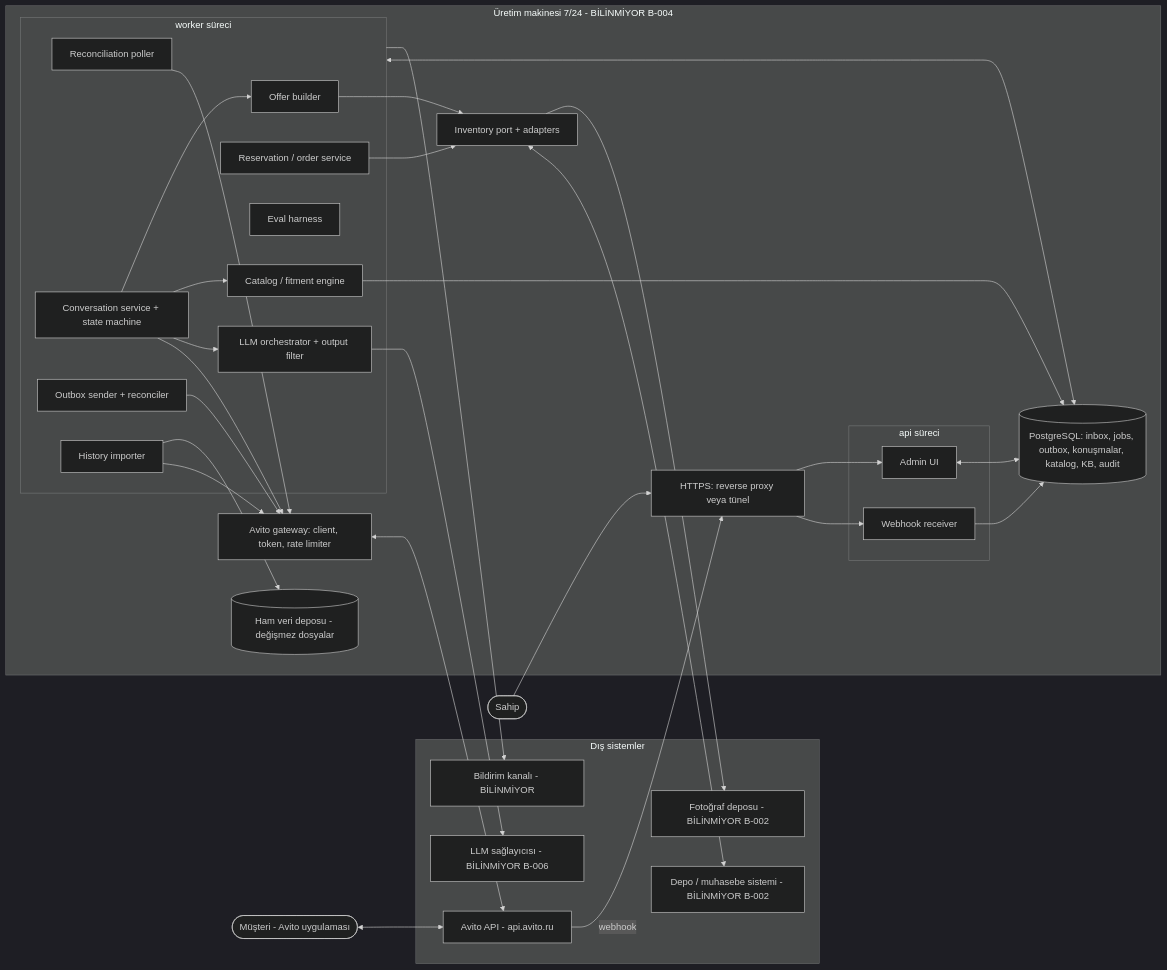
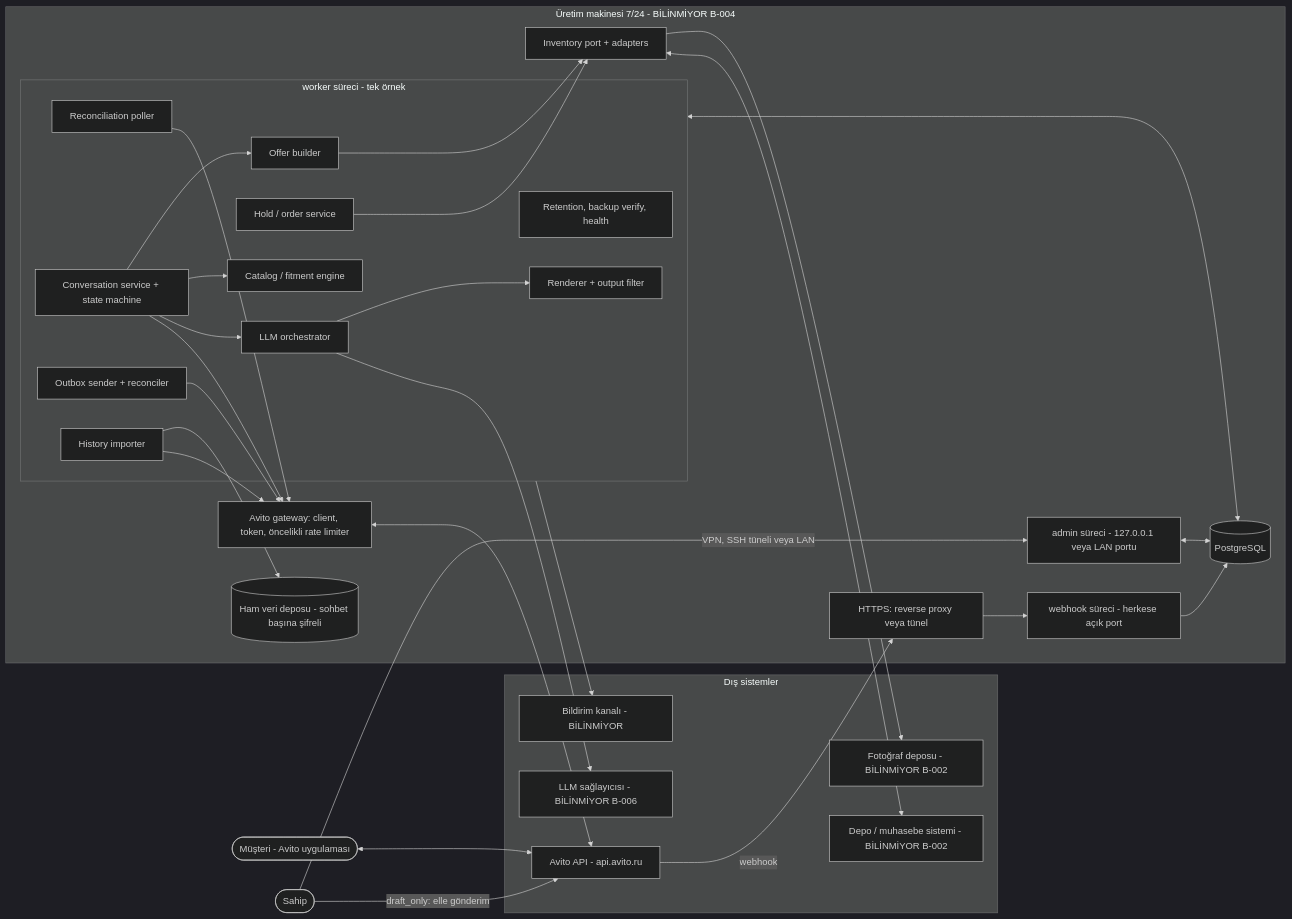
The first of 8 diagrams in docs/ARCHITECTURE.md (khalilofnijat-eng/expert-octo-bassoon), drawn with Mermaid (dark theme) before and after one commit. The commit also changed other lines of this file, not shown here.

First line of the commit message:
Accept architecture rev.2 (T-004); owner approved commit

````diff
--- a/docs/ARCHITECTURE.md
+++ b/docs/ARCHITECTURE.md
@@ -19,52 +25,53 @@
 ```mermaid
 flowchart LR
   CUST(["Müşteri - Avito uygulaması"])
   OWNER(["Sahip"])
   subgraph EXT["Dış sistemler"]
     AV["Avito API - api.avito.ru"]
     INV["Depo / muhasebe sistemi - BİLİNMİYOR B-002"]
     PH["Fotoğraf deposu - BİLİNMİYOR B-002"]
     LLMP["LLM sağlayıcısı - BİLİNMİYOR B-006"]
     NTF["Bildirim kanalı - BİLİNMİYOR"]
   end
   subgraph HOST["Üretim makinesi 7/24 - BİLİNMİYOR B-004"]
     RP["HTTPS: reverse proxy veya tünel"]
-    subgraph APIP["api süreci"]
-      WH["Webhook receiver"]
-      UI["Admin UI"]
-    end
-    subgraph WRK["worker süreci"]
+    WH["webhook süreci - herkese açık port"]
+    UI["admin süreci - 127.0.0.1 veya LAN portu"]
+    subgraph WRK["worker süreci - tek örnek"]
       POL["Reconciliation poller"]
       CONV["Conversation service + state machine"]
-      ORC["LLM orchestrator + output filter"]
+      ORC["LLM orchestrator"]
+      FLT["Renderer + output filter"]
       CAT["Catalog / fitment engine"]
       OFF["Offer builder"]
-      RES["Reservation / order service"]
+      RES["Hold / order service"]
       OUTB["Outbox sender + reconciler"]
       HIST["History importer"]
-      EVAL["Eval harness"]
+      OPS["Retention, backup verify, health"]
     end
-    GW["Avito gateway: client, token, rate limiter"]
+    GW["Avito gateway: client, token, öncelikli rate limiter"]
     INVP["Inventory port + adapters"]
-    DB[("PostgreSQL: inbox, jobs, outbox, konuşmalar, katalog, KB, audit")]
-    RAW[("Ham veri deposu - değişmez dosyalar")]
+    DB[("PostgreSQL")]
+    RAW[("Ham veri deposu - sohbet başına şifreli")]
   end
   CUST <--> AV
   AV -- "webhook" --> RP --> WH --> DB
-  OWNER --> RP --> UI
+  OWNER -- "VPN, SSH tüneli veya LAN" --> UI
+  OWNER -- "draft_only: elle gönderim" --> AV
   UI <--> DB
+  WRK <--> DB
   POL --> GW
   HIST --> GW
   OUTB --> GW
   CONV --> GW
   GW <--> AV
   CONV --> ORC --> LLMP
-  CONV --> CAT --> DB
+  ORC --> FLT
+  CONV --> CAT
   CONV --> OFF --> INVP
   RES --> INVP
   INVP <--> INV
   INVP --> PH
   HIST --> RAW
-  WRK <--> DB
   WRK --> NTF
 ```
````
